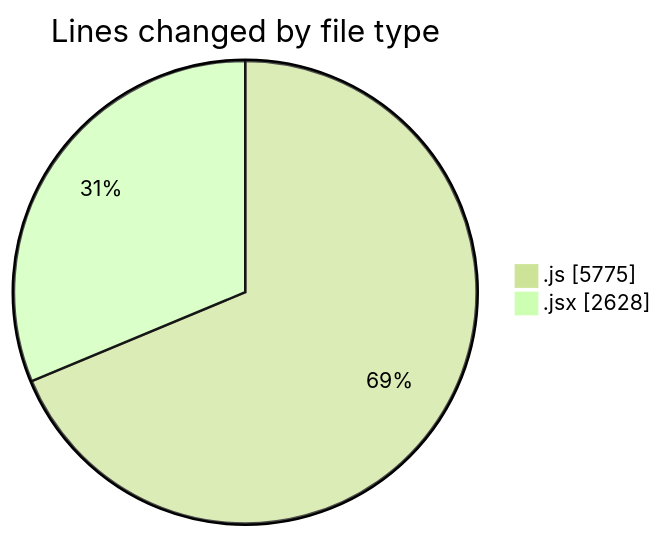
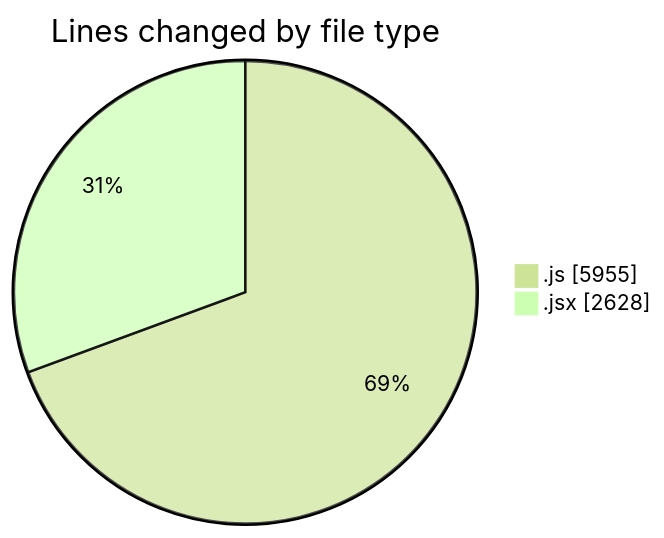
One commit to nxtqubesakshisongat/code-tracking changed the first of 2 diagrams in 2025-08-13/nxtqube_webapp/README.md. Above: the diagram before and after it, drawn with Mermaid (forest theme). The commit also changed other lines of this file and 1 other file, not shown here.

````diff
--- a/2025-08-13/nxtqube_webapp/README.md
+++ b/2025-08-13/nxtqube_webapp/README.md
@@ -26,6 +26,6 @@
 ```mermaid
 pie showData
 title Lines changed by file type
-".js" : 5775
+".js" : 5955
 ".jsx" : 2628
 ```
````
